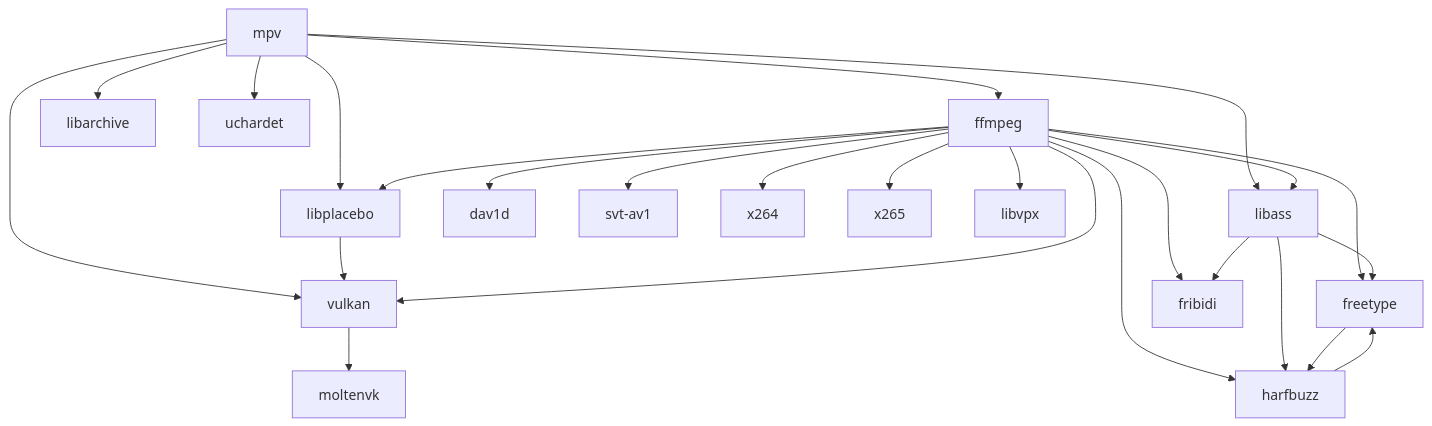
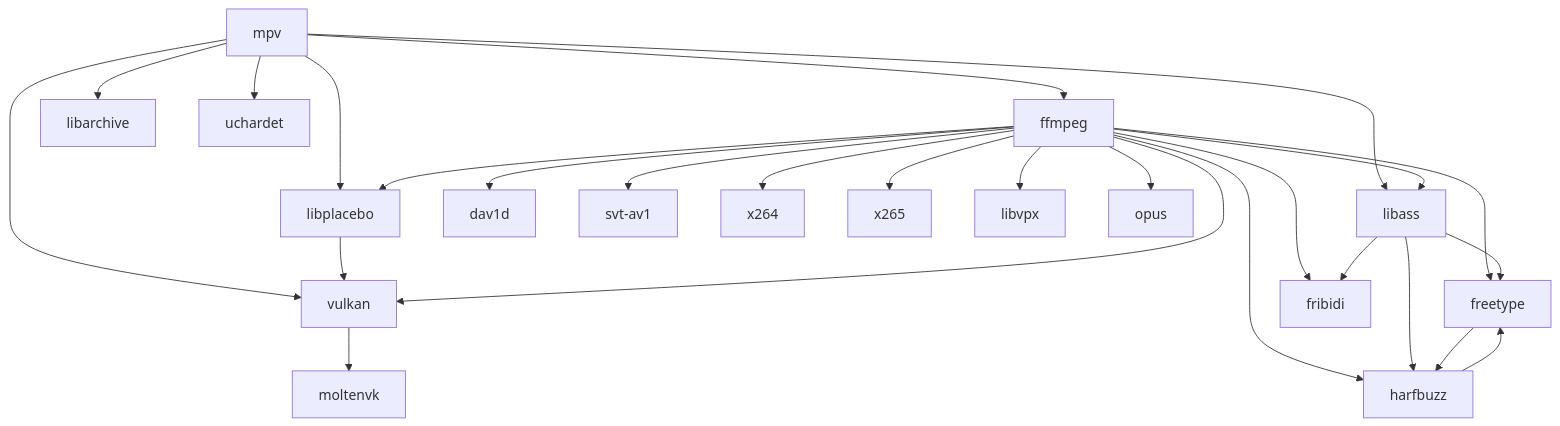
Before and after one commit to m154k1/mpv-build-macOS: the diagram in README.md, drawn with Mermaid. The commit also changed other lines of this file and 2 other files, not shown here.

Commit message:
scripts: add build-opus

````diff
--- a/README.md
+++ b/README.md
@@ -178,27 +186,28 @@
 ```mermaid
 graph TD;
    mpv-->ffmpeg;
    mpv-->libplacebo;
    mpv-->vulkan;
    mpv-->libass;
    mpv-->libarchive;
    mpv-->uchardet;
    libplacebo-->vulkan;
    vulkan-->moltenvk;
    ffmpeg-->libplacebo;
    ffmpeg-->vulkan;
    ffmpeg-->dav1d;
    ffmpeg-->svt-av1;
    ffmpeg-->x264;
    ffmpeg-->x265;
    ffmpeg-->libvpx;
+   ffmpeg-->opus;
    ffmpeg-->libass;
    ffmpeg-->freetype;
    ffmpeg-->harfbuzz;
    ffmpeg-->fribidi;
    libass-->freetype;
    libass-->harfbuzz;
    libass-->fribidi;
    freetype-->harfbuzz;
    harfbuzz-->freetype;
 ```
````
